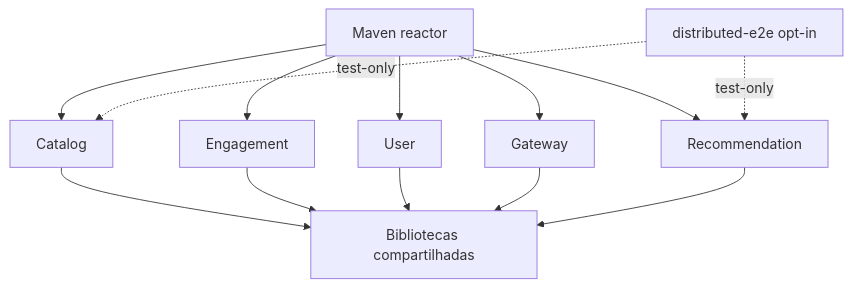
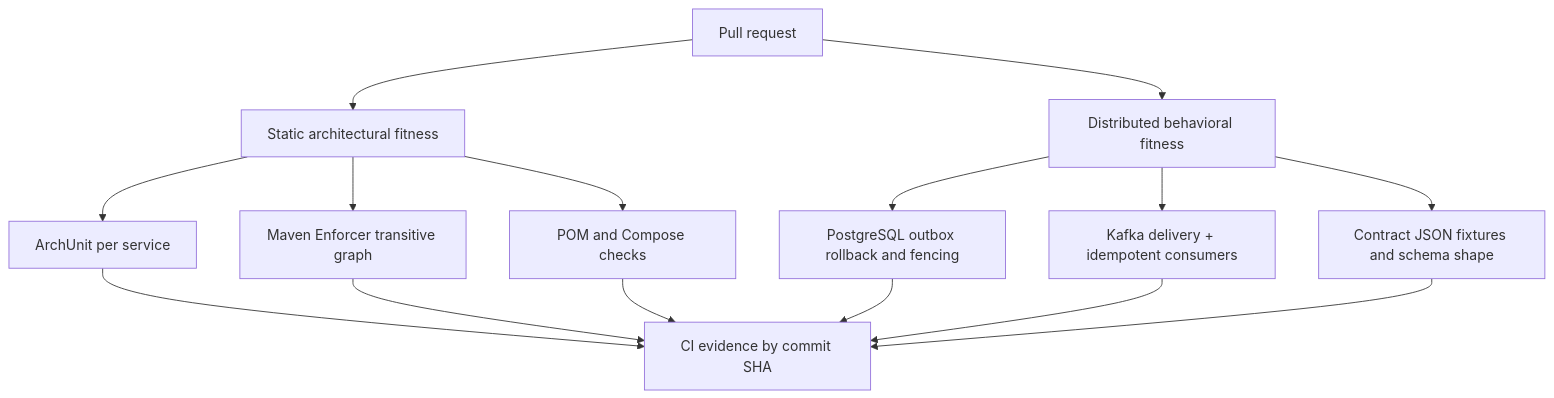
The first of 3 diagrams in docs/ARCHITECTURE_FITNESS_FUNCTIONS.md (Luca5Eckert/VellumHub), drawn with Mermaid before and after one commit. The commit also changed other lines of this file, not shown here.

Commit message:
docs(architecture): explain implemented AFF tests, CI evidence and remaining gaps

````diff
--- a/docs/ARCHITECTURE_FITNESS_FUNCTIONS.md
+++ b/docs/ARCHITECTURE_FITNESS_FUNCTIONS.md
@@ -7,11 +7,12 @@
 ```mermaid
 flowchart TD
-  R[Maven reactor] --> C[Catalog]
-  R --> E[Engagement]
-  R --> U[User]
-  R --> G[Gateway]
-  R --> N[Recommendation]
-  C & E & U & G & N --> L[Bibliotecas compartilhadas]
-  X[distributed-e2e opt-in] -. test-only .-> C
-  X -. test-only .-> N
+  A[Pull request] --> B[Static architectural fitness]
+  A --> C[Distributed behavioral fitness]
+  B --> D[ArchUnit per service]
+  B --> E[Maven Enforcer transitive graph]
+  B --> F[POM and Compose checks]
+  C --> G[PostgreSQL outbox rollback and fencing]
+  C --> H[Kafka delivery + idempotent consumers]
+  C --> I[Contract JSON fixtures and schema shape]
+  D & E & F & G & H & I --> J[CI evidence by commit SHA]
 ```
````
